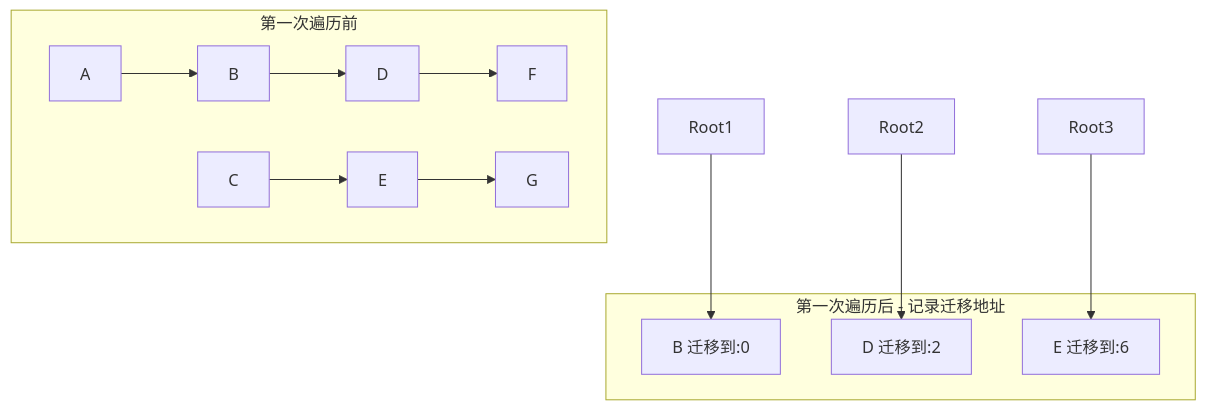
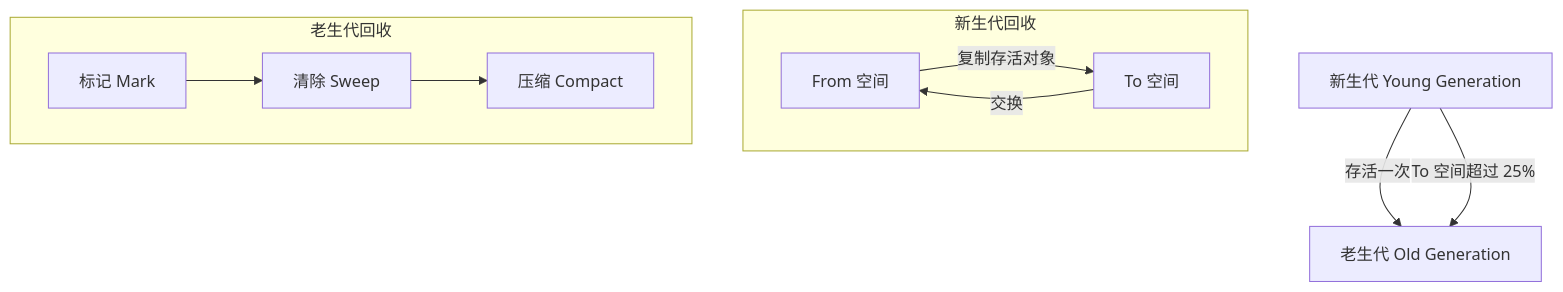
One commit to jun2333/knowledge changed the second of 2 diagrams in docs/javascript/memory.md. Above: the diagram before and after it, drawn with Mermaid. The commit also changed other lines of this file and 25 other files, not shown here.

````diff
--- a/docs/javascript/memory.md
+++ b/docs/javascript/memory.md
@@ -219,18 +173,15 @@
 ```mermaid
-graph TB
-    subgraph before["第一次遍历前"]
-        A1["A"] --> B1["B"]
-        B1 --> D1["D"]
-        C1["C"] --> E1["E"]
-        D1 --> F1["F"]
-        E1 --> G1["G"]
+graph TD
+    A[新生代 Young Generation] -->|存活一次| B[老生代 Old Generation]
+    A -->|To 空间超过 25%| B
+
+    subgraph 新生代回收
+        A1["From 空间"] -->|复制存活对象| A2["To 空间"]
+        A2 -->|交换| A1
     end
-    subgraph after["第一次遍历后 - 记录迁移地址"]
-        B2["B 迁移到:0"] 
-        D2["D 迁移到:2"]
-        E2["E 迁移到:6"]
+
+    subgraph 老生代回收
+        B1["标记 Mark"] --> B2["清除 Sweep"]
+        B2 --> B3["压缩 Compact"]
     end
-    Root1["Root1"] --> B2
-    Root2["Root2"] --> D2
-    Root3["Root3"] --> E2
 ```
````
